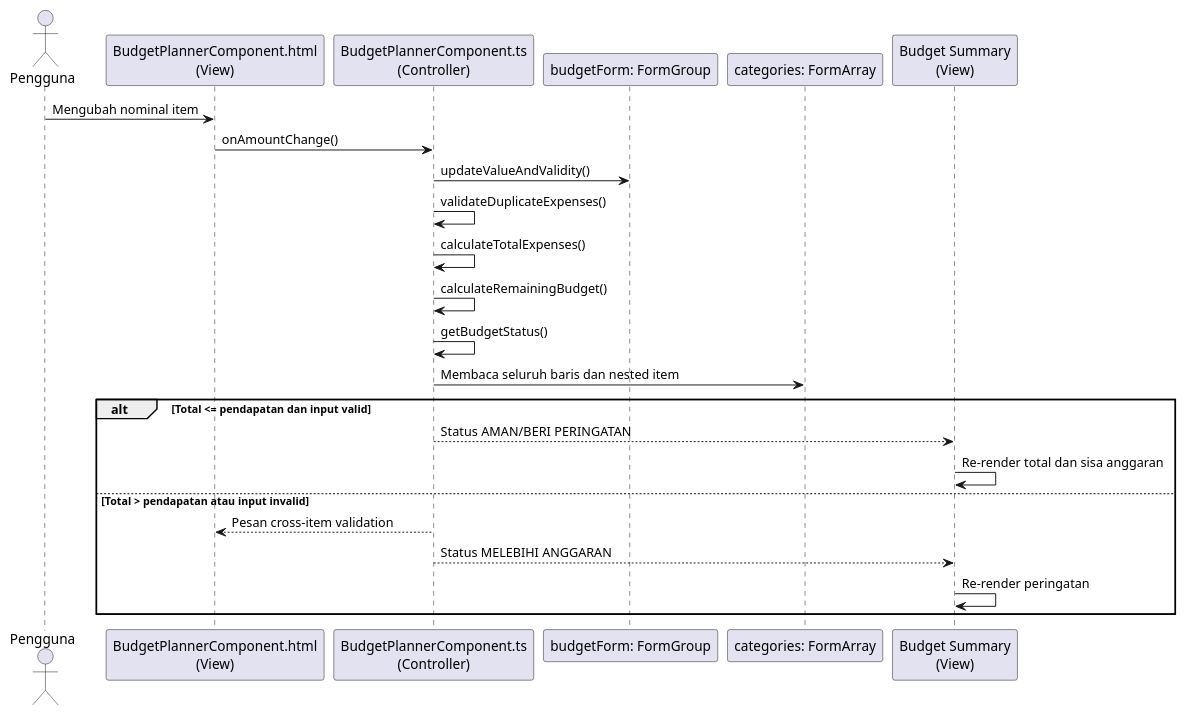
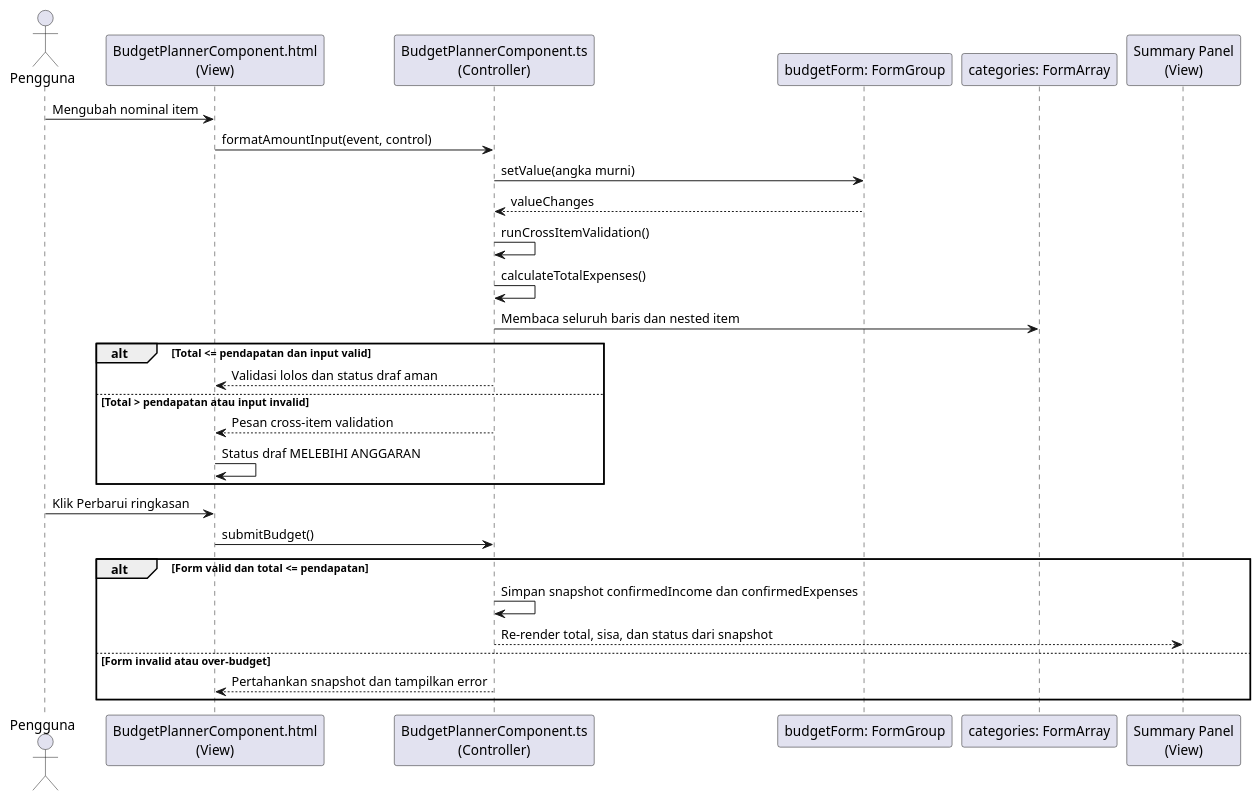
Before and after one commit to Rifatdhy/BudgetKU: the third of 3 diagrams in file.md, drawn with PlantUML. The commit also changed other lines of this file and 19 other files, not shown here.

First line of the commit message:
Harden BudgetKu UI, validation, tests, and UTS docs

````diff
--- a/file.md
+++ b/file.md
@@ -569,27 +567,33 @@
 ```plantuml
 @startuml
 actor Pengguna
 participant "BudgetPlannerComponent.html\n(View)" as View
 participant "BudgetPlannerComponent.ts\n(Controller)" as Controller
 participant "budgetForm: FormGroup" as Form
 participant "categories: FormArray" as Categories
-participant "Budget Summary\n(View)" as Summary
+participant "Summary Panel\n(View)" as Summary
 
 Pengguna -> View : Mengubah nominal item
-View -> Controller : onAmountChange()
-Controller -> Form : updateValueAndValidity()
-Controller -> Controller : validateDuplicateExpenses()
+View -> Controller : formatAmountInput(event, control)
+Controller -> Form : setValue(angka murni)
+Form --> Controller : valueChanges
+Controller -> Controller : runCrossItemValidation()
 Controller -> Controller : calculateTotalExpenses()
-Controller -> Controller : calculateRemainingBudget()
-Controller -> Controller : getBudgetStatus()
 Controller -> Categories : Membaca seluruh baris dan nested item
 alt Total <= pendapatan dan input valid
-  Controller --> Summary : Status AMAN/BERI PERINGATAN
-  Summary -> Summary : Re-render total dan sisa anggaran
+  Controller --> View : Validasi lolos dan status draf aman
 else Total > pendapatan atau input invalid
   Controller --> View : Pesan cross-item validation
-  Controller --> Summary : Status MELEBIHI ANGGARAN
-  Summary -> Summary : Re-render peringatan
+  View -> View : Status draf MELEBIHI ANGGARAN
+end
+
+Pengguna -> View : Klik Perbarui ringkasan
+View -> Controller : submitBudget()
+alt Form valid dan total <= pendapatan
+  Controller -> Controller : Simpan snapshot confirmedIncome dan confirmedExpenses
+  Controller --> Summary : Re-render total, sisa, dan status dari snapshot
+else Form invalid atau over-budget
+  Controller --> View : Pertahankan snapshot dan tampilkan error
 end
 @enduml
 ```
````
